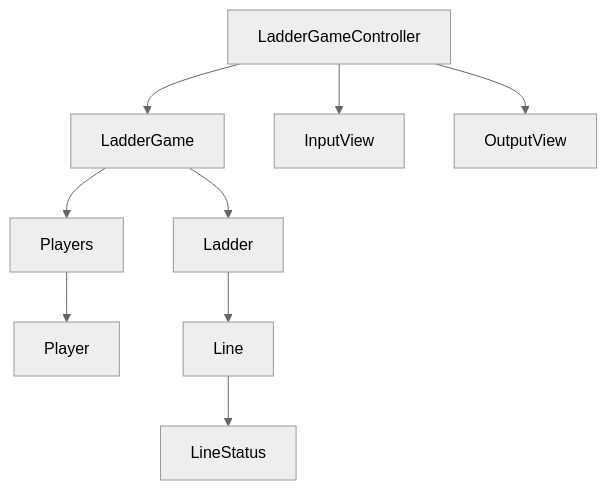
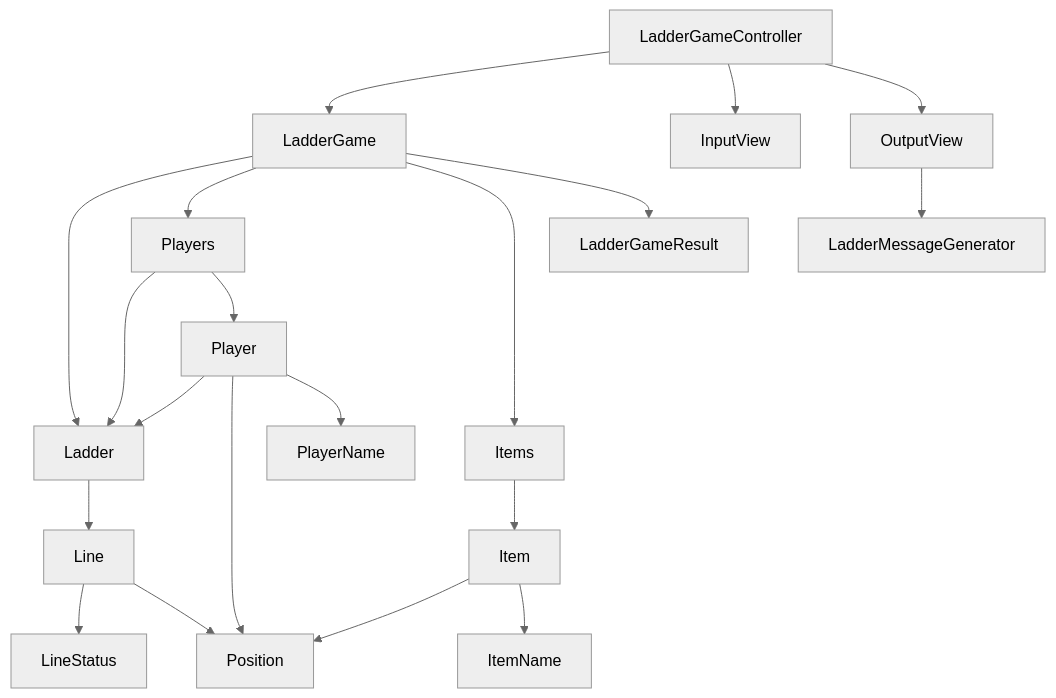
Before and after one commit to woowacourse/java-ladder: the diagram in README.md, drawn with Mermaid (neutral theme). The commit also changed other lines of this file and 35 other files, not shown here.

````diff
--- a/README.md
+++ b/README.md
@@ -11,15 +11,30 @@
 ```mermaid
 graph TD
 
     LadderGameController --> LadderGame
     LadderGame --> Ladder
     LadderGame --> Players
+    LadderGame --> Items
 
-    Players --> Player
+    Ladder --> Line
+    Line --> LineStatus
+    Line --> Position
+
+    Players --> Ladder
+    Player --> Ladder
+
+    Item --> Position
+    Player --> Position
+
+
+    LadderGame --> LadderGameResult
+
+    Items --> Item --> ItemName
+    Players --> Player --> PlayerName
 
     LadderGameController --> InputView
     LadderGameController --> OutputView
 
-    Ladder --> Line
-    Line --> LineStatus
+    OutputView --> LadderMessageGenerator
+
 ```
````
